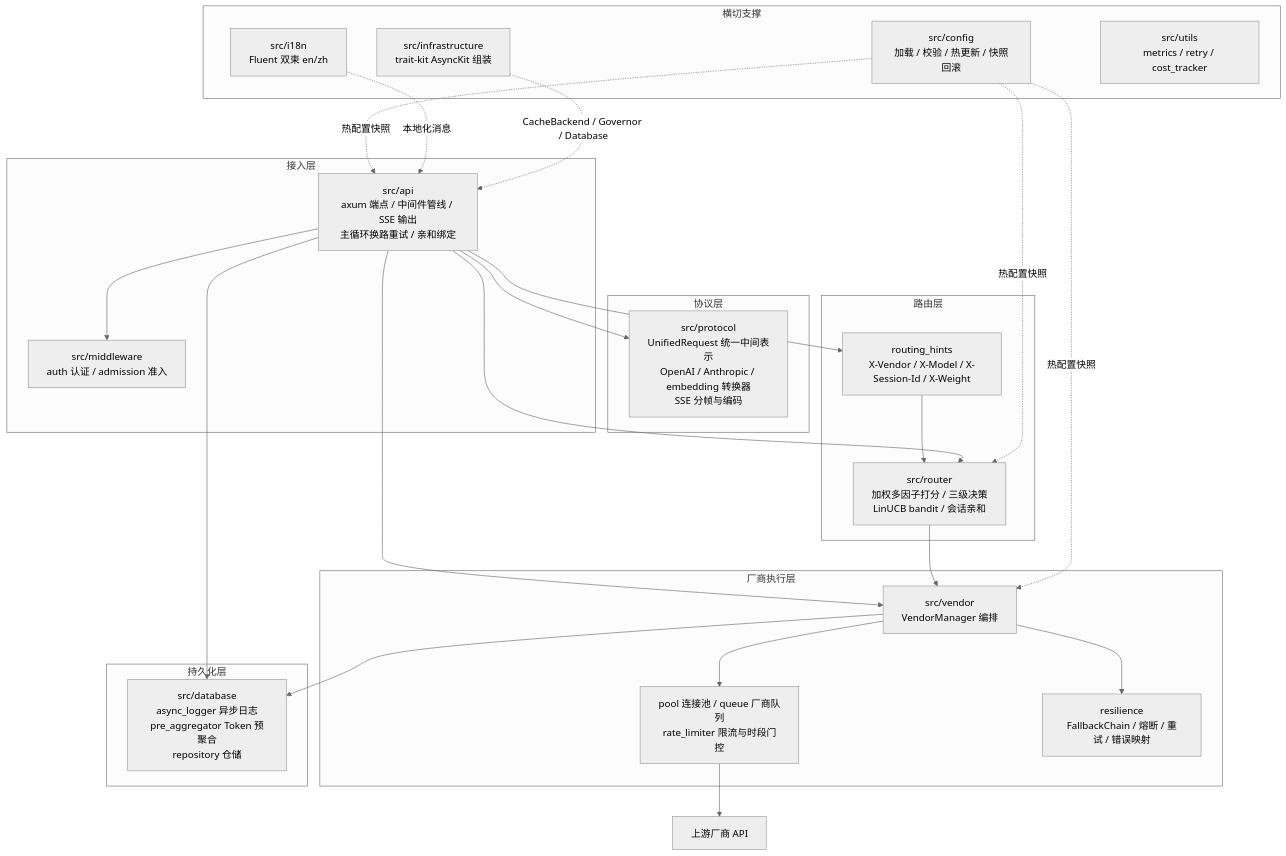
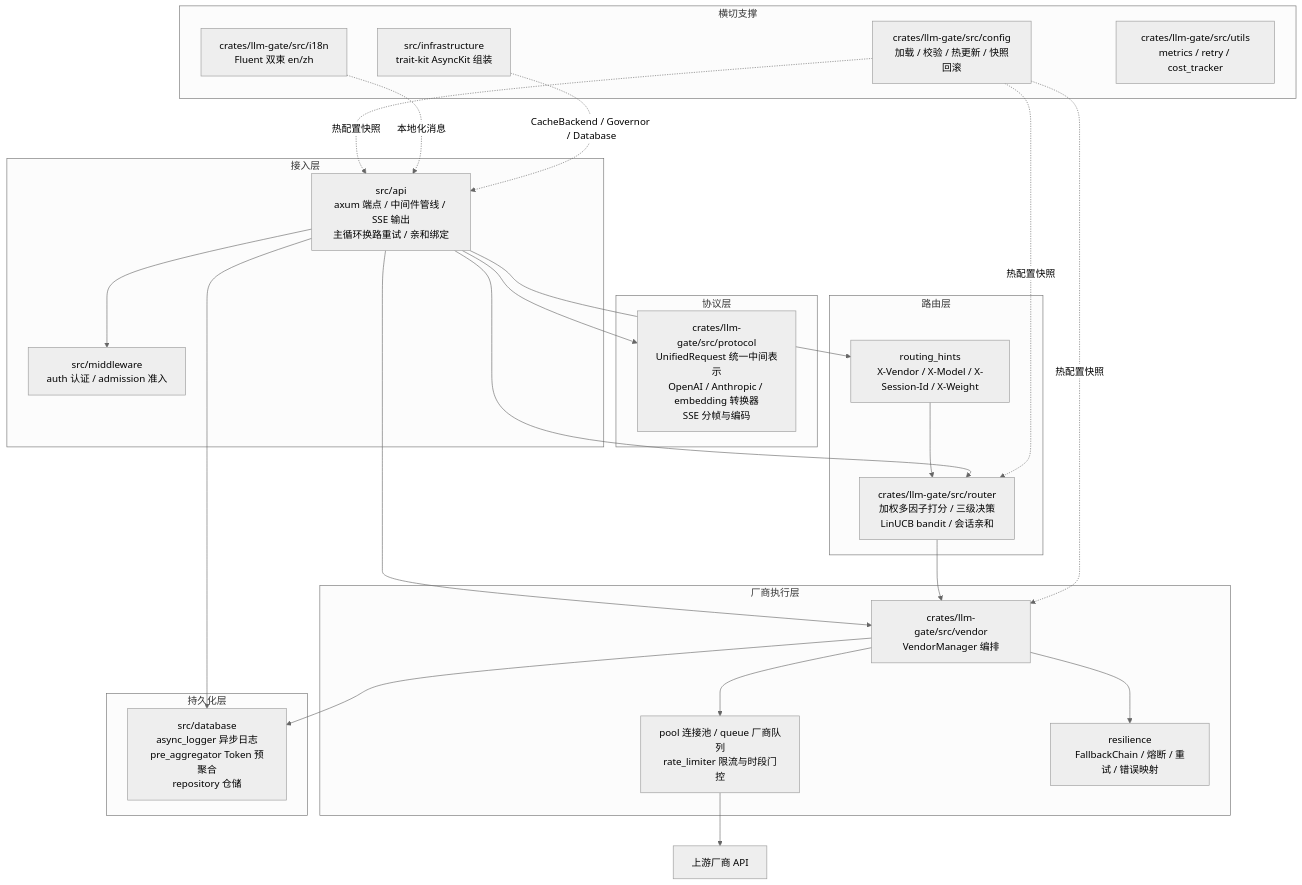
One commit to Kirky-X/fluxgate changed the first of 9 diagrams in docs/ARCHITECTURE.md. Above: the diagram before and after it, drawn with Mermaid (neutral theme). The commit also changed other lines of this file and 6 other files, not shown here.

````diff
--- a/docs/ARCHITECTURE.md
+++ b/docs/ARCHITECTURE.md
@@ -28,53 +28,53 @@
 ```mermaid
 flowchart TB
     subgraph Access ["接入层"]
         API["src/api<br/>axum 端点 / 中间件管线 / SSE 输出<br/>主循环换路重试 / 亲和绑定"]
         MW["src/middleware<br/>auth 认证 / admission 准入"]
     end
 
     subgraph Protocol ["协议层"]
-        PROTO["src/protocol<br/>UnifiedRequest 统一中间表示<br/>OpenAI / Anthropic / embedding 转换器<br/>SSE 分帧与编码"]
+        PROTO["crates/llm-gate/src/protocol<br/>UnifiedRequest 统一中间表示<br/>OpenAI / Anthropic / embedding 转换器<br/>SSE 分帧与编码"]
     end
 
     subgraph Routing ["路由层"]
-        ROUTER["src/router<br/>加权多因子打分 / 三级决策<br/>LinUCB bandit / 会话亲和"]
+        ROUTER["crates/llm-gate/src/router<br/>加权多因子打分 / 三级决策<br/>LinUCB bandit / 会话亲和"]
         HINTS["routing_hints<br/>X-Vendor / X-Model / X-Session-Id / X-Weight"]
     end
 
     subgraph Vendor ["厂商执行层"]
-        VM["src/vendor<br/>VendorManager 编排"]
+        VM["crates/llm-gate/src/vendor<br/>VendorManager 编排"]
         POOL["pool 连接池 / queue 厂商队列<br/>rate_limiter 限流与时段门控"]
         RES["resilience<br/>FallbackChain / 熔断 / 重试 / 错误映射"]
     end
 
     subgraph Persist ["持久化层"]
         DB["src/database<br/>async_logger 异步日志<br/>pre_aggregator Token 预聚合<br/>repository 仓储"]
     end
 
     subgraph Support ["横切支撑"]
-        CFG["src/config<br/>加载 / 校验 / 热更新 / 快照回滚"]
-        I18N["src/i18n<br/>Fluent 双束 en/zh"]
+        CFG["crates/llm-gate/src/config<br/>加载 / 校验 / 热更新 / 快照回滚"]
+        I18N["crates/llm-gate/src/i18n<br/>Fluent 双束 en/zh"]
         DI["src/infrastructure<br/>trait-kit AsyncKit 组装"]
-        UTILS["src/utils<br/>metrics / retry / cost_tracker"]
+        UTILS["crates/llm-gate/src/utils<br/>metrics / retry / cost_tracker"]
     end
 
     UP["上游厂商 API"]
 
     API --> MW
     API --> PROTO
     API --> HINTS
     HINTS --> ROUTER
     API --> ROUTER
     API --> VM
     ROUTER --> VM
     VM --> POOL
     VM --> RES
     POOL --> UP
     API --> DB
     VM --> DB
     CFG -.热配置快照.-> API
     CFG -.热配置快照.-> ROUTER
     CFG -.热配置快照.-> VM
     I18N -.本地化消息.-> API
     DI -.CacheBackend / Governor / Database.-> API
 ```
````
